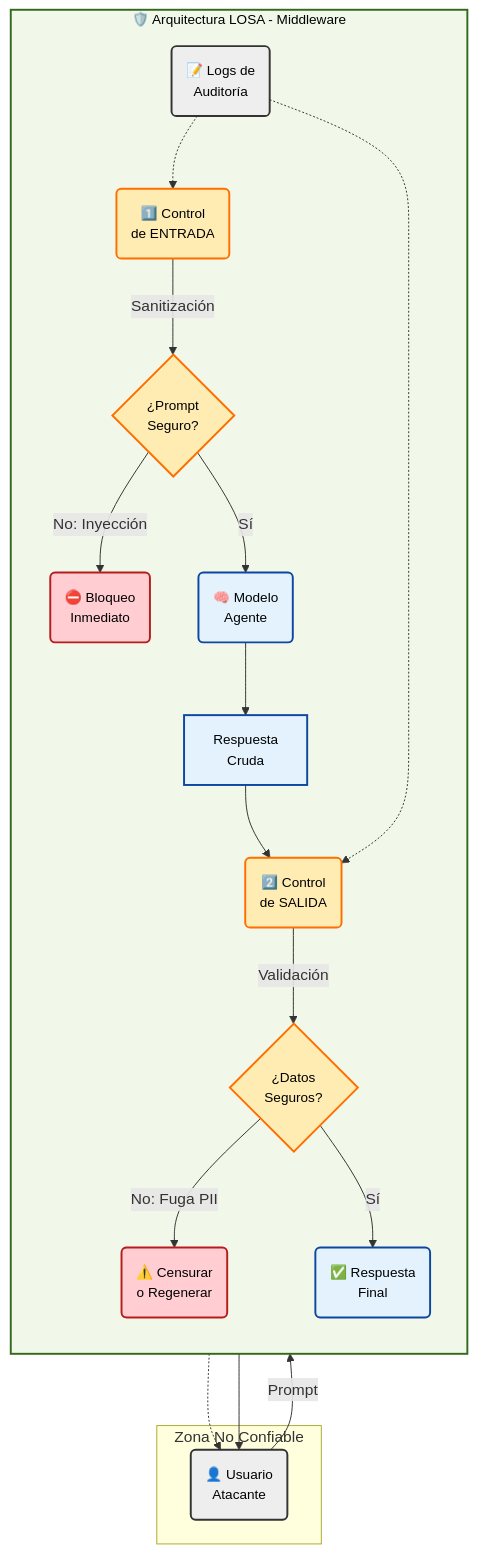
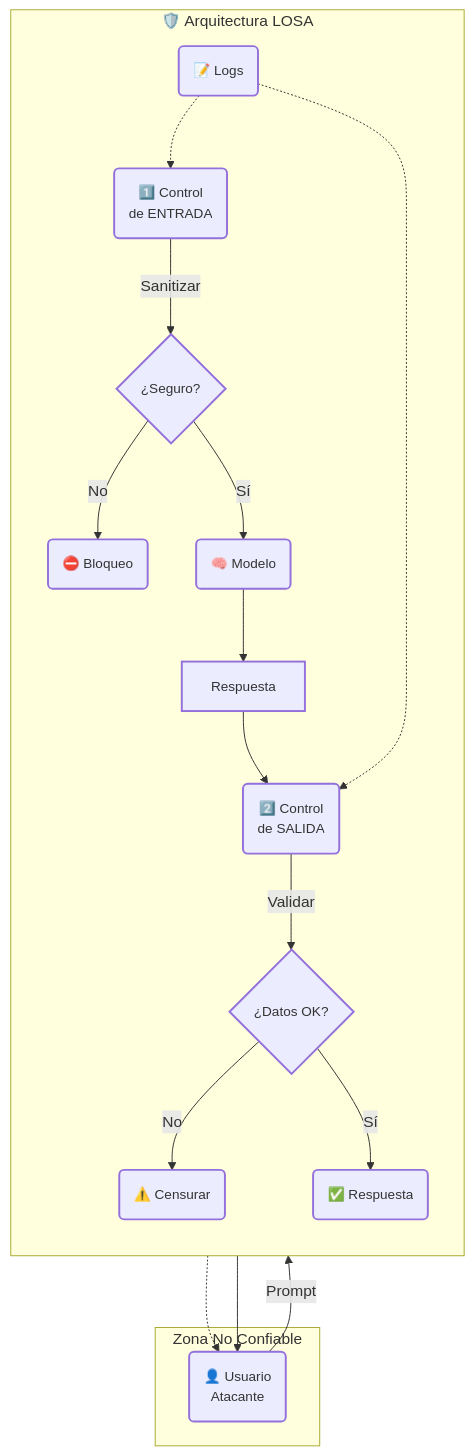
One commit to jccarvajal/Arquitectura-IA changed the diagram in docs/guias/09-Gobernanza.md. Above: the diagram before and after it, drawn with Mermaid.

````diff
--- a/docs/guias/09-Gobernanza.md
+++ b/docs/guias/09-Gobernanza.md
@@ -161,45 +161,31 @@
 ```mermaid
 graph TD
-    %% ESTILOS (Alto Contraste + Fuente 14px)
-    classDef base fill:#eeeeee,stroke:#333,stroke-width:2px,color:#000,font-size:14px;
-    classDef layer fill:#f1f8e9,stroke:#33691e,stroke-width:2px,color:#000,font-size:14px;
-    classDef blue fill:#e3f2fd,stroke:#0d47a1,stroke-width:2px,color:#000,font-size:14px;
-    classDef orange fill:#ffecb3,stroke:#ff6f00,stroke-width:2px,color:#000,font-size:14px;
-    classDef red fill:#ffcdd2,stroke:#b71c1c,stroke-width:2px,color:#000,font-size:14px;
+    %% CONFIGURACIÓN MAESTRA
+    classDef default font-size:14px,stroke-width:2px;
 
-    %% EXTERNO
     subgraph EXTERNO [Zona No Confiable]
         User(👤 Usuario<br/>Atacante)
     end
-    class User base;
 
-    %% ARQUITECTURA LOSA
-    subgraph LOSA_LAYER [🛡️ Arquitectura LOSA - Middleware]
+    subgraph LOSA_LAYER [🛡️ Arquitectura LOSA]
         direction TB
-        Input(1️⃣ Control<br/>de ENTRADA) -->|Sanitización| Check1{¿Prompt<br/>Seguro?}
+        Input(1️⃣ Control<br/>de ENTRADA) -->|Sanitizar| Check1{¿Seguro?}
         
-        Check1 -->|No: Inyección| Block1(⛔ Bloqueo<br/>Inmediato)
-        Check1 -->|Sí| LLM(🧠 Modelo<br/>Agente)
+        Check1 -->|No| Block1(⛔ Bloqueo)
+        Check1 -->|Sí| LLM(🧠 Modelo)
         
-        LLM --> RawResp[Respuesta<br/>Cruda]
+        LLM --> RawResp[Respuesta]
         RawResp --> Output(2️⃣ Control<br/>de SALIDA)
         
-        Output -->|Validación| Check2{¿Datos<br/>Seguros?}
-        Check2 -->|No: Fuga PII| Block2(⚠️ Censurar<br/>o Regenerar)
-        Check2 -->|Sí| Final(✅ Respuesta<br/>Final)
+        Output -->|Validar| Check2{¿Datos OK?}
+        Check2 -->|No| Block2(⚠️ Censurar)
+        Check2 -->|Sí| Final(✅ Respuesta)
         
-        Audit(📝 Logs de<br/>Auditoría) -.-> Input
+        Audit(📝 Logs) -.-> Input
         Audit -.-> Output
     end
-    class LOSA_LAYER layer;
-    class Input,Output orange;
-    class LLM,RawResp,Final blue;
-    class Block1,Block2 red;
-    class Check1,Check2 orange;
-    class Audit base;
 
-    %% CONEXIONES
     User -->|Prompt| Input
     Block1 -.-> User
     Final --> User
 ```
````
